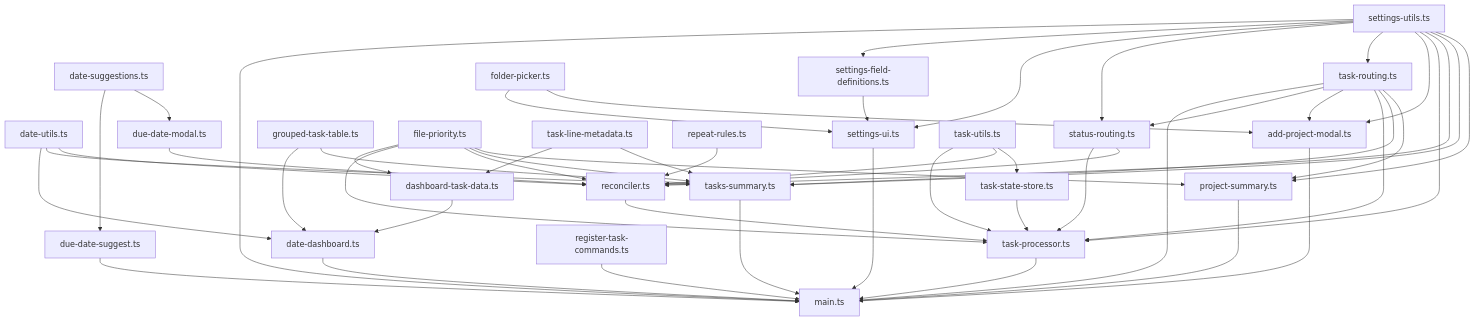
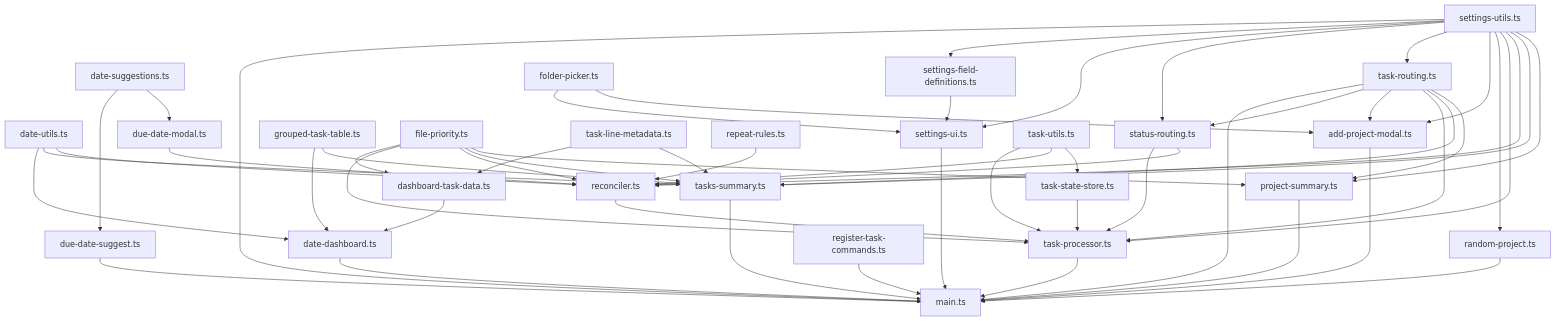
One commit to apurvanakade/obsidian-task-manager changed the diagram in README.md. Above: the diagram before and after it, drawn with Mermaid. The commit also changed other lines of this file and 5 other files, not shown here.

Commit message:
feature: show a random somdaymaybe project

```diff
--- a/README.md
+++ b/README.md
@@ -224,6 +228,7 @@
    RS[status-routing.ts]
    RT[task-routing.ts]
    AP[add-project-modal.ts]
+   RP[random-project.ts]
    GT[grouped-task-table.ts]
 
    TP[task-processor.ts]
@@ -270,6 +275,9 @@
     RT --> AP
     SU --> AP
 
+    SU --> RP
+    RP --> M
+
      GT --> SUM
      DU --> SUM
      SU --> TP
```
